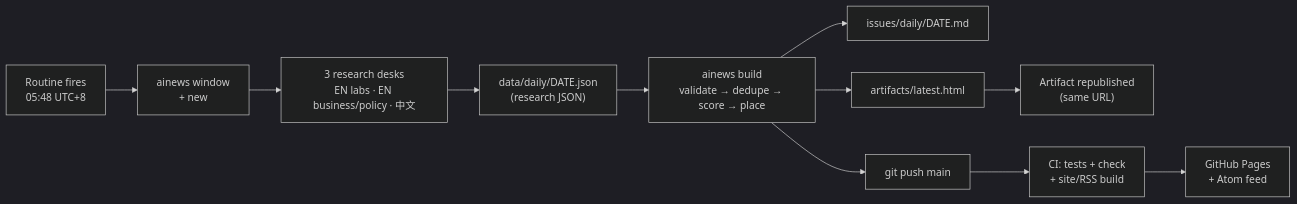
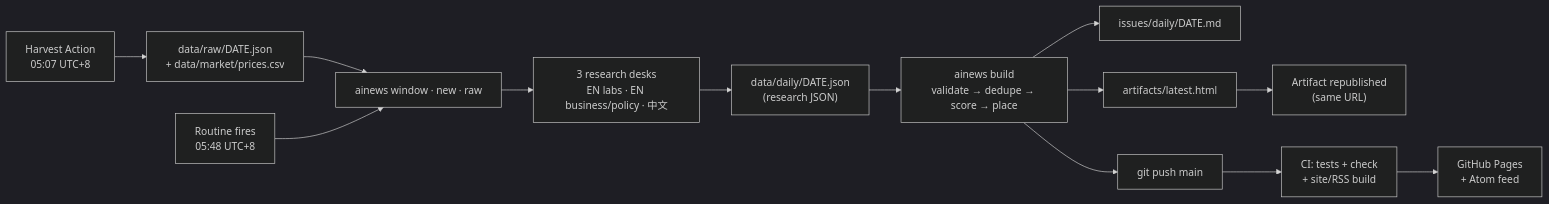
The diagram in README.md (leevvyy/ai-news), drawn with Mermaid (dark theme) before and after one commit. The commit also changed other lines of this file and 20 other files, not shown here.

````diff
--- a/README.md
+++ b/README.md
@@ -23,13 +26,15 @@
 ```mermaid
 flowchart LR
-    R["Routine fires<br/>05:48 UTC+8"] --> W["ainews window<br/>+ new"]
+    HV["Harvest Action<br/>05:07 UTC+8"] --> RAW["data/raw/DATE.json<br/>+ data/market/prices.csv"]
+    RAW --> W
+    R["Routine fires<br/>05:48 UTC+8"] --> W["ainews window · new · raw"]
     W --> S["3 research desks<br/>EN labs · EN business/policy · 中文"]
     S --> J["data/daily/DATE.json<br/>(research JSON)"]
     J --> B["ainews build<br/>validate → dedupe → score → place"]
     B --> MD["issues/daily/DATE.md"]
     B --> H["artifacts/latest.html"]
     H --> A["Artifact republished<br/>(same URL)"]
     B --> G["git push main"]
     G --> CI["CI: tests + check<br/>+ site/RSS build"]
     CI --> P["GitHub Pages<br/>+ Atom feed"]
 ```
````
